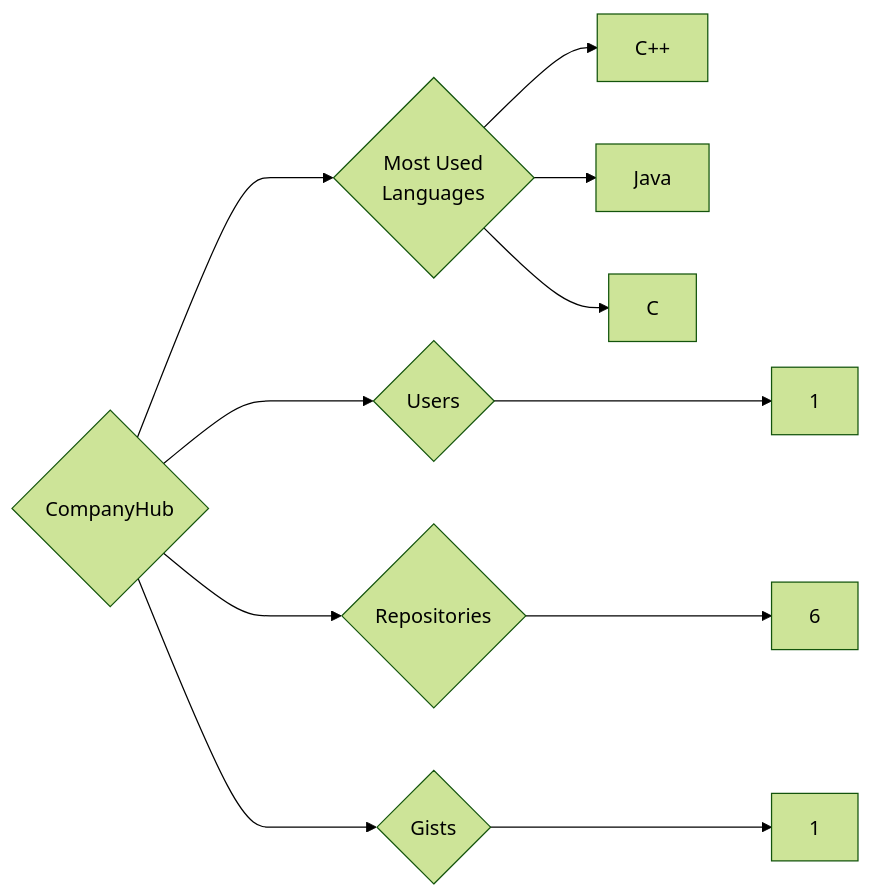
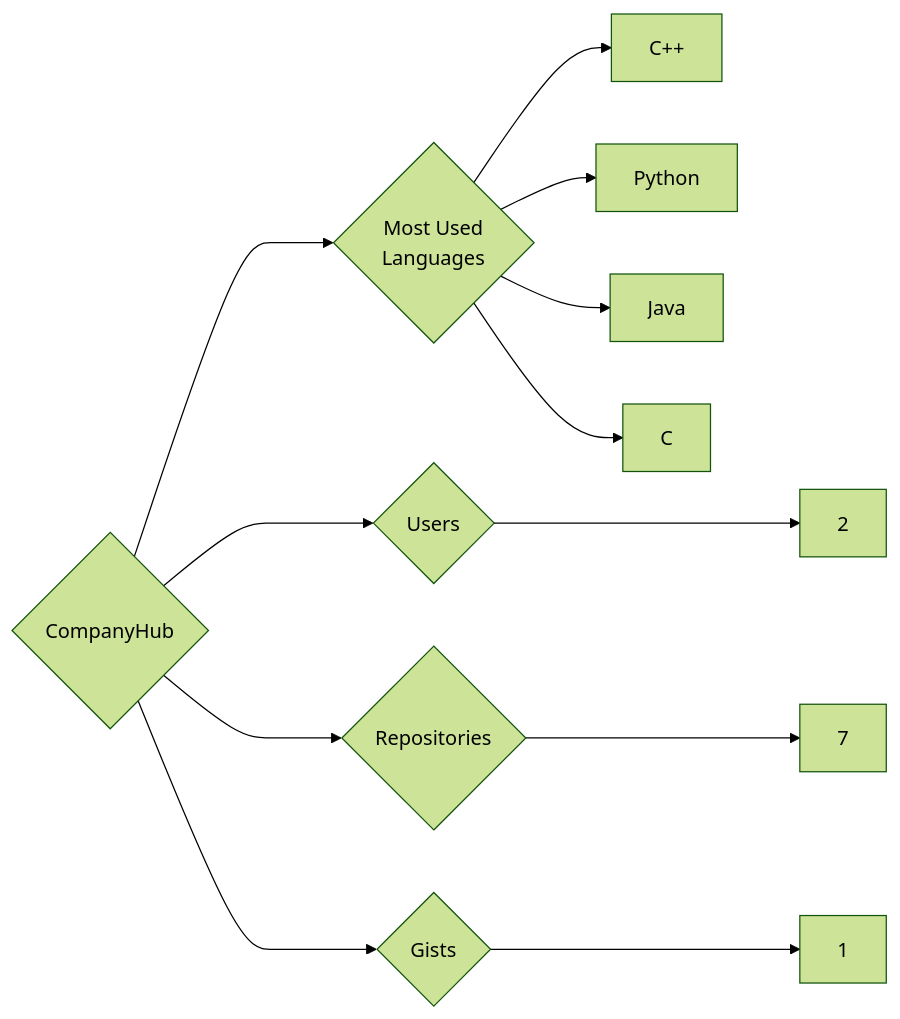
Before and after one commit to trickest/insiders: the diagram in targets/CompanyHub/README.md, drawn with Mermaid (forest theme). The commit also changed 1088 other files, not shown here.

````diff
--- a/targets/CompanyHub/README.md
+++ b/targets/CompanyHub/README.md
@@ -3,11 +3,12 @@
 ```mermaid
 graph LR
 COMPANY_NAME{CompanyHub}
-COMPANY_NAME ---> U{Users} ---> UN[1]
-COMPANY_NAME ---> R{Repositories} ---> RN[6]
+COMPANY_NAME ---> U{Users} ---> UN[2]
+COMPANY_NAME ---> R{Repositories} ---> RN[7]
 COMPANY_NAME ---> G{Gists} ---> GN[1]
 COMPANY_NAME ---> ML{Most Used<br>Languages}
 ML --> C++[C++]
+ML --> Python[Python]
 ML --> Java[Java]
 ML --> C[C]
 ```
````
